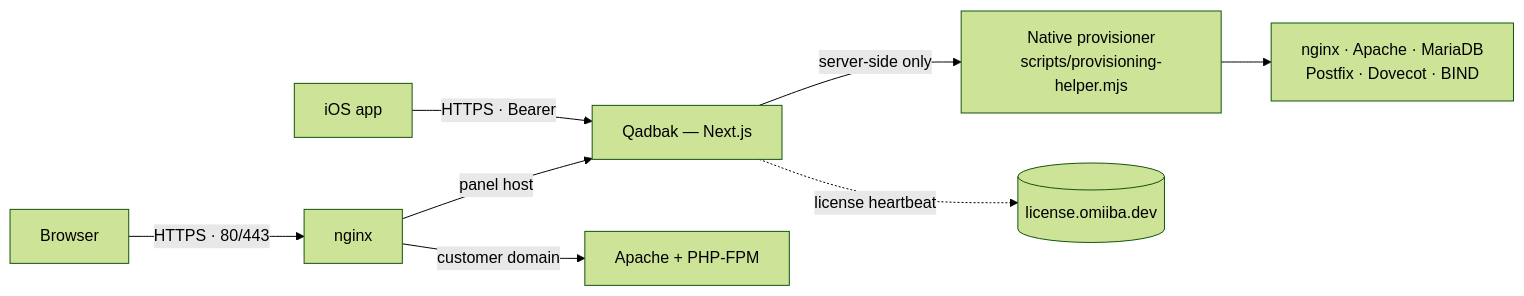
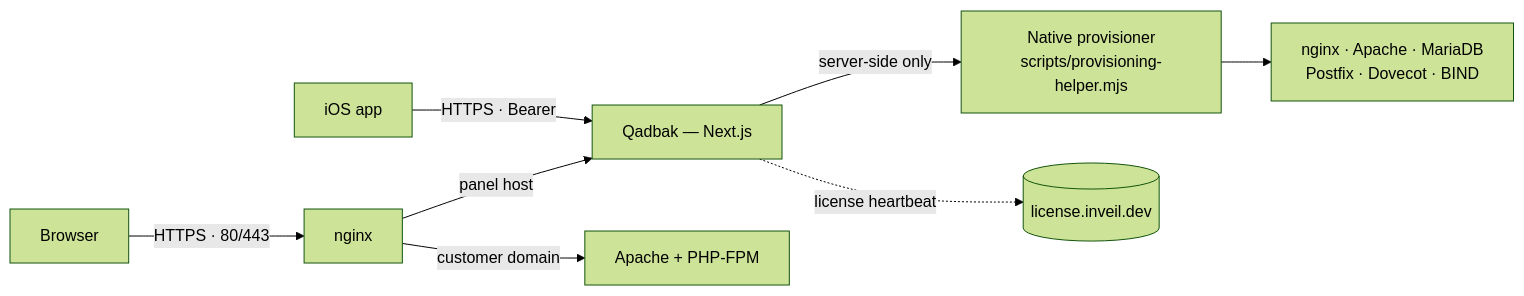
One commit to macdirtycow/qadbak changed the diagram in README.md. Above: the diagram before and after it, drawn with Mermaid (forest theme). The commit also changed other lines of this file and 42 other files, not shown here.

First line of the commit message:
Rebrand vendor from Omiiba to Inveil across panel and site.

````diff
--- a/README.md
+++ b/README.md
@@ -288,10 +288,10 @@
 ```mermaid
 flowchart LR
     B[Browser] -->|"HTTPS · 80/443"| N[nginx]
     I[iOS app] -->|"HTTPS · Bearer"| Q
     N -->|"panel host"| Q[Qadbak — Next.js]
     N -->|"customer domain"| A[Apache + PHP-FPM]
     Q -->|"server-side only"| P["Native provisioner<br/>scripts/provisioning-helper.mjs"]
     P --> S["nginx · Apache · MariaDB<br/>Postfix · Dovecot · BIND"]
-    Q -.->|"license heartbeat"| L[("license.omiiba.dev")]
+    Q -.->|"license heartbeat"| L[("license.inveil.dev")]
 ```
````
